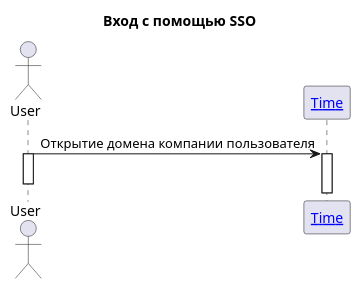
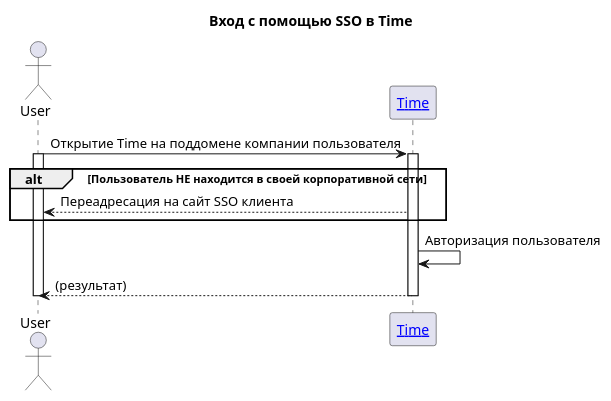
The diagram in dochub/workspace/arch/puml/time/authentication/sso.puml (aleksandr-bit1/test), drawn with PlantUML before and after one commit. The commit also changed 29 other files, not shown here.

```diff
--- a/dochub/workspace/arch/puml/time/authentication/sso.puml
+++ b/dochub/workspace/arch/puml/time/authentication/sso.puml
@@ -1,11 +1,17 @@
 @startuml
-title Вход с помощью SSO
+title Вход с помощью SSO в Time
 
 actor User
 participant "[[/architect/components/applications.time Time]]" as Time
 
-User -> Time ++ : Открытие домена компании пользователя
+User -> Time ++ : Открытие Time на поддомене компании пользователя
 activate User
+alt Пользователь НЕ находится в своей корпоративной сети
+User <-- Time : Переадресация на сайт SSO клиента
+end alt
+Time -> Time : Авторизация пользователя
+return (результат)
+
 deactivate User
 
 @enduml
```
